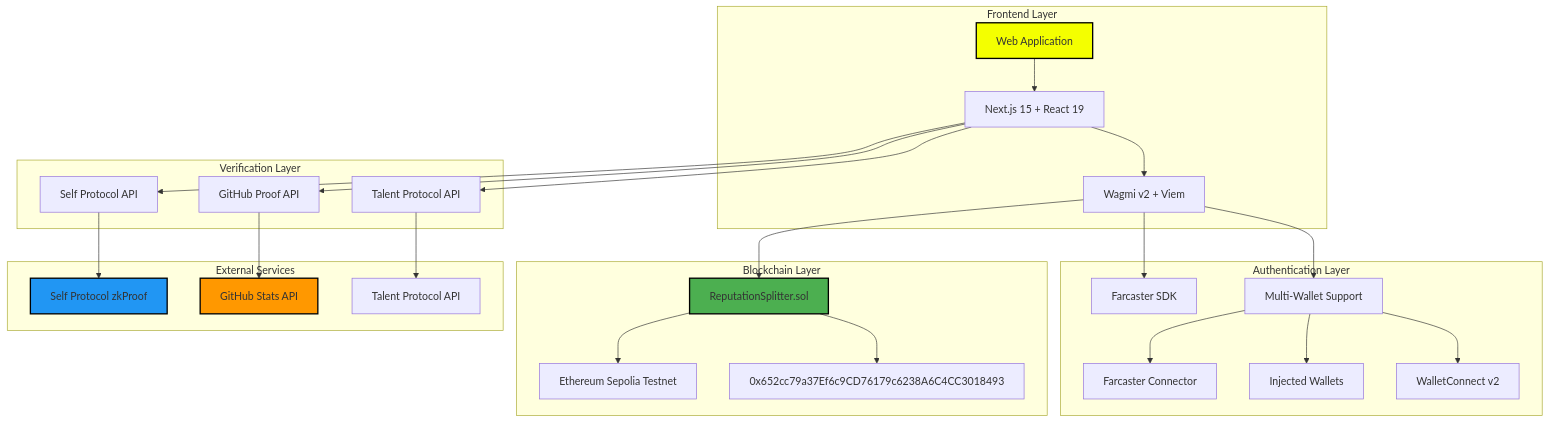
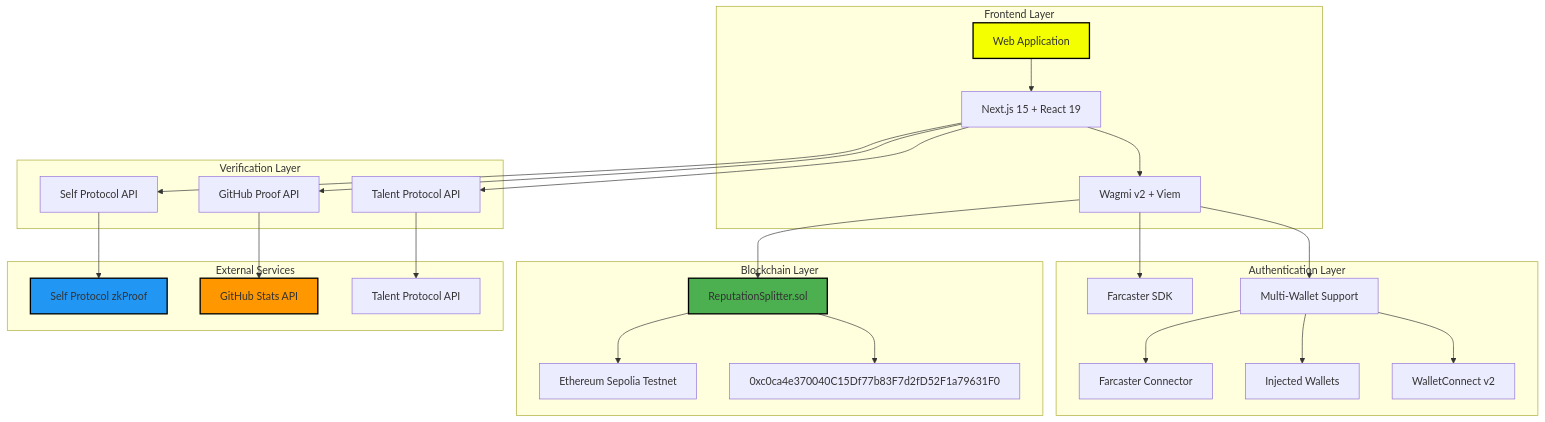
Before and after one commit to builder-gate/BuilderGate: the first of 9 diagrams in README.md, drawn with Mermaid. The commit also changed other lines of this file and 6 other files, not shown here.

````diff
--- a/README.md
+++ b/README.md
@@ -19,59 +19,59 @@
 ```mermaid
 graph TB
     subgraph "Frontend Layer"
         FA[Web Application]
         UI[Next.js 15 + React 19]
         WC[Wagmi v2 + Viem]
     end
 
     subgraph "Authentication Layer"
         FC[Farcaster SDK]
         WA[Multi-Wallet Support]
         WA1[Farcaster Connector]
         WA2[Injected Wallets]
         WA3[WalletConnect v2]
     end
 
     subgraph "Verification Layer"
         SP[Self Protocol API]
         GP[GitHub Proof API]
         TP[Talent Protocol API]
     end
 
     subgraph "Blockchain Layer"
         RS[ReputationSplitter.sol]
         BC[Ethereum Sepolia Testnet]
-        RS_ADDR["0x652cc79a37Ef6c9CD76179c6238A6C4CC3018493"]
+        RS_ADDR["0xc0ca4e370040C15Df77b83F7d2fD52F1a79631F0"]
     end
 
     subgraph "External Services"
         SELF[Self Protocol zkProof]
         GH[GitHub Stats API]
         TAL[Talent Protocol API]
     end
 
     FA --> UI
     UI --> WC
     WC --> FC
     WC --> WA
     WA --> WA1
     WA --> WA2
     WA --> WA3
 
     UI --> SP
     UI --> GP
     UI --> TP
 
     SP --> SELF
     GP --> GH
     TP --> TAL
 
     WC --> RS
     RS --> BC
     RS --> RS_ADDR
 
     style FA fill:#f4ff00,stroke:#000,stroke-width:2px
     style RS fill:#4CAF50,stroke:#000,stroke-width:2px
     style SELF fill:#2196F3,stroke:#000,stroke-width:2px
     style GH fill:#FF9800,stroke:#000,stroke-width:2px
 ```
````
